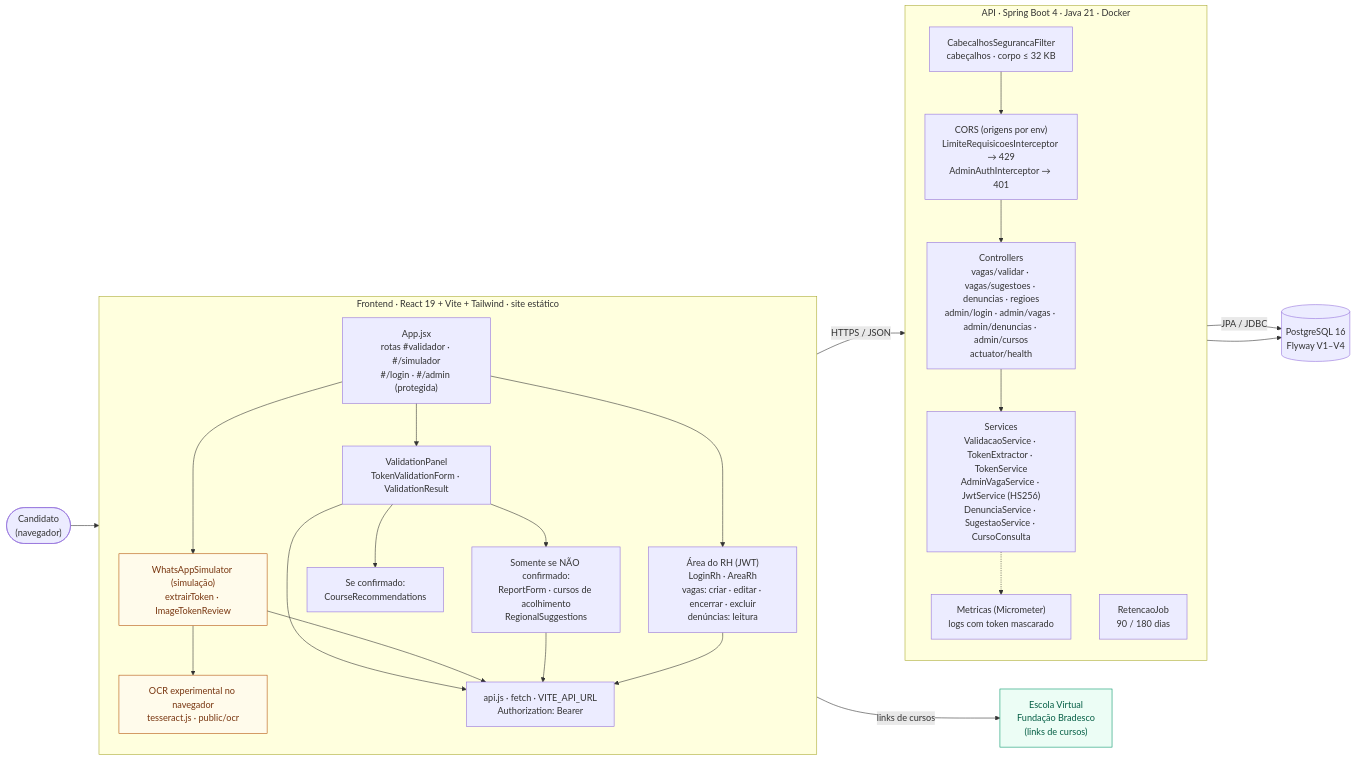
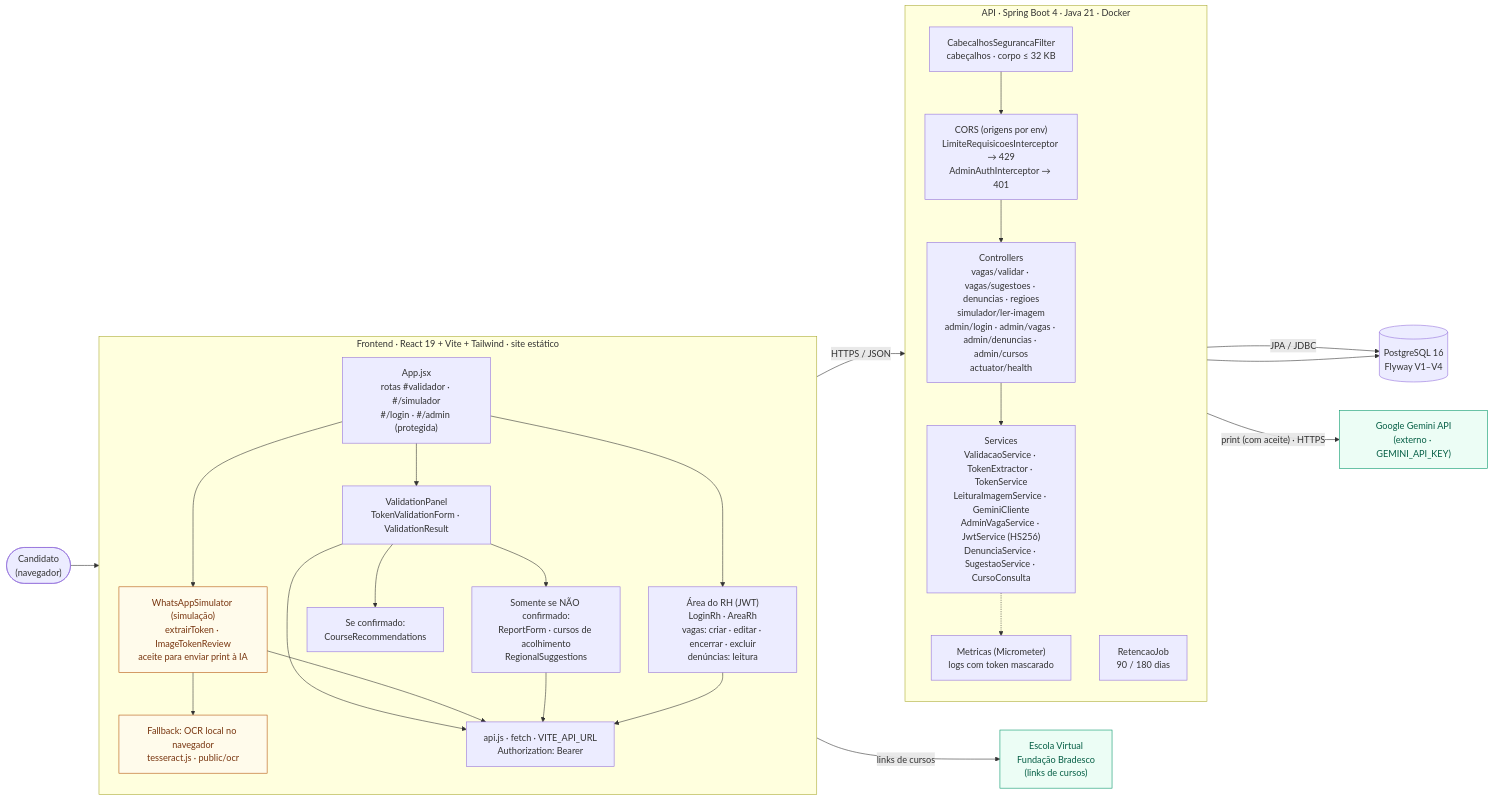
The diagram in docs/arquitetura.md (Rafael17Wenzel/Antigolpe), drawn with Mermaid before and after one commit. The commit also changed other lines of this file and 29 other files, not shown here.

````diff
--- a/docs/arquitetura.md
+++ b/docs/arquitetura.md
@@ -15,46 +15,48 @@
 ```mermaid
 flowchart LR
   user(["Candidato<br/>(navegador)"])
 
   subgraph FE["Frontend · React 19 + Vite + Tailwind · site estático"]
     direction TB
     app["App.jsx<br/>rotas #validador · #/simulador<br/>#/login · #/admin (protegida)"]
     panel["ValidationPanel<br/>TokenValidationForm · ValidationResult"]
     neg["Somente se NÃO confirmado:<br/>ReportForm · cursos de acolhimento<br/>RegionalSuggestions"]
     pos["Se confirmado:<br/>CourseRecommendations"]
-    chat["WhatsAppSimulator (simulação)<br/>extrairToken · ImageTokenReview"]
-    ocr["OCR experimental no navegador<br/>tesseract.js · public/ocr"]
+    chat["WhatsAppSimulator (simulação)<br/>extrairToken · ImageTokenReview<br/>aceite para enviar print à IA"]
+    ocr["Fallback: OCR local no navegador<br/>tesseract.js · public/ocr"]
     rh["Área do RH (JWT)<br/>LoginRh · AreaRh<br/>vagas: criar · editar · encerrar · excluir<br/>denúncias: leitura"]
     api["api.js · fetch · VITE_API_URL<br/>Authorization: Bearer"]
     app --> panel & chat & rh
     panel --> pos & neg
     chat --> ocr
     panel & chat & neg & rh --> api
   end
 
   subgraph BE["API · Spring Boot 4 · Java 21 · Docker"]
     direction TB
     filt["CabecalhosSegurancaFilter<br/>cabeçalhos · corpo ≤ 32 KB"]
     lim["CORS (origens por env)<br/>LimiteRequisicoesInterceptor → 429<br/>AdminAuthInterceptor → 401"]
-    ctrl["Controllers<br/>vagas/validar · vagas/sugestoes · denuncias · regioes<br/>admin/login · admin/vagas · admin/denuncias · admin/cursos<br/>actuator/health"]
-    svc["Services<br/>ValidacaoService · TokenExtractor · TokenService<br/>AdminVagaService · JwtService (HS256)<br/>DenunciaService · SugestaoService · CursoConsulta"]
+    ctrl["Controllers<br/>vagas/validar · vagas/sugestoes · denuncias · regioes<br/>simulador/ler-imagem<br/>admin/login · admin/vagas · admin/denuncias · admin/cursos<br/>actuator/health"]
+    svc["Services<br/>ValidacaoService · TokenExtractor · TokenService<br/>LeituraImagemService · GeminiCliente<br/>AdminVagaService · JwtService (HS256)<br/>DenunciaService · SugestaoService · CursoConsulta"]
     obs["Metricas (Micrometer)<br/>logs com token mascarado"]
     job["RetencaoJob<br/>90 / 180 dias"]
     filt --> lim --> ctrl --> svc
     svc -.-> obs
   end
 
   db[("PostgreSQL 16<br/>Flyway V1–V4")]
+  gem["Google Gemini API<br/>(externo · GEMINI_API_KEY)"]
   ev["Escola Virtual<br/>Fundação Bradesco<br/>(links de cursos)"]
 
   user --> FE
   FE -- "links de cursos" --> ev
   api -- "HTTPS / JSON" --> filt
   svc -- "JPA / JDBC" --> db
   job --> db
+  svc -- "print (com aceite) · HTTPS" --> gem
 
   classDef ext fill:#ecfdf5,stroke:#059669,color:#065f46;
   classDef sim fill:#fffbeb,stroke:#b45309,color:#78350f;
-  class ev ext;
+  class ev,gem ext;
   class chat,ocr sim;
 ```
````
